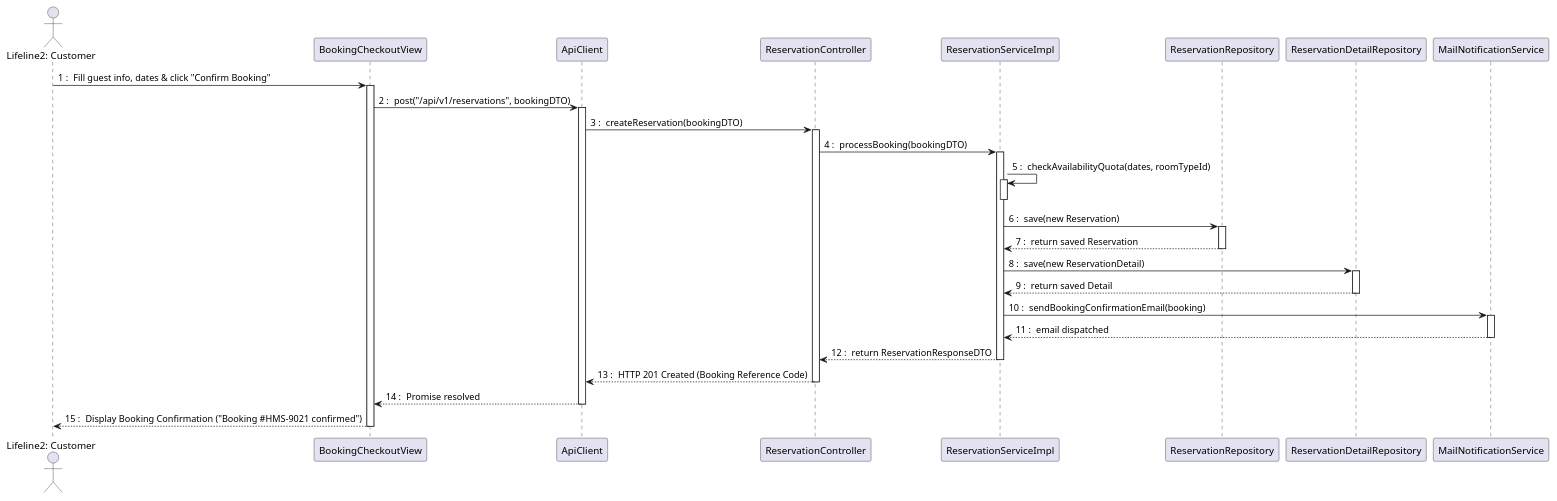
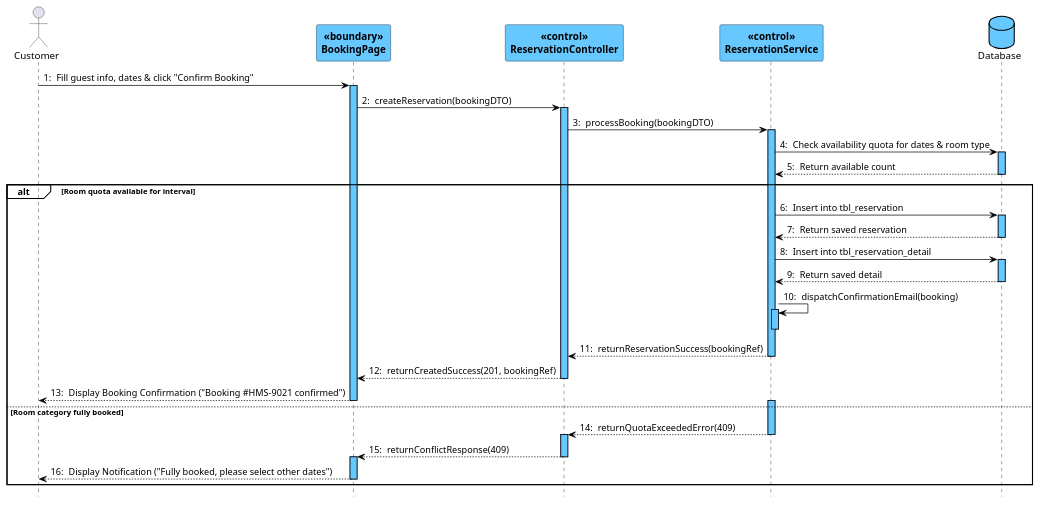
The fourth of 7 diagrams in docs/Class + Sequence/Sequence Diagram(s) (PlantUML).md (hieupeek/sba_doc), drawn with PlantUML before and after one commit. The commit also changed other lines of this file and 23 other files, not shown here.

Commit message:
docs: update class diagrams to association and sequence diagrams to COMET VP style

````diff
--- a/docs/Class + Sequence/Sequence Diagram(s) (PlantUML).md
+++ b/docs/Class + Sequence/Sequence Diagram(s) (PlantUML).md
@@ -211,58 +264,82 @@
 ```plantuml
 @startuml
 skinparam shadowed false
-autonumber 1 "0 : "
+autonumber 1 "0: "
+hide footbox
 
-actor "Lifeline2: Customer" as Customer
-participant BookingCheckoutView
-participant ApiClient
-participant ReservationController
-participant ReservationServiceImpl
-participant ReservationRepository
-participant ReservationDetailRepository
-participant MailNotificationService
+skinparam participantBackgroundColor #67C8FF
+skinparam participantBorderColor #000000
+skinparam participantFontColor #000000
+skinparam participantFontStyle bold
 
-Customer -> BookingCheckoutView : Fill guest info, dates & click "Confirm Booking"
-activate BookingCheckoutView
+skinparam databaseBackgroundColor #67C8FF
+skinparam databaseBorderColor #000000
+skinparam databaseFontColor #000000
 
-BookingCheckoutView -> ApiClient : post("/api/v1/reservations", bookingDTO)
-activate ApiClient
+skinparam sequenceLifeLineBackgroundColor #67C8FF
+skinparam sequenceLifeLineBorderColor #000000
+skinparam sequenceArrowColor #000000
 
-ApiClient -> ReservationController : createReservation(bookingDTO)
+skinparam SequenceGroupFontColor #000000
+skinparam SequenceGroupFontStyle bold
+skinparam SequenceGroupHeaderFontColor #000000
+skinparam SequenceGroupHeaderFontStyle bold
+skinparam SequenceGroupBorderColor #000000
+skinparam SequenceGroupBackgroundColor transparent
+
+actor Customer
+participant BookingPage <<boundary>>
+participant ReservationController <<control>>
+participant ReservationService <<control>>
+database Database
+
+Customer -> BookingPage : Fill guest info, dates & click "Confirm Booking"
+activate BookingPage
+
+BookingPage -> ReservationController : createReservation(bookingDTO)
 activate ReservationController
 
-ReservationController -> ReservationServiceImpl : processBooking(bookingDTO)
-activate ReservationServiceImpl
+ReservationController -> ReservationService : processBooking(bookingDTO)
+activate ReservationService
 
-ReservationServiceImpl -> ReservationServiceImpl : checkAvailabilityQuota(dates, roomTypeId)
-activate ReservationServiceImpl
-deactivate ReservationServiceImpl
+ReservationService -> Database : Check availability quota for dates & room type
+activate Database
+Database --> ReservationService : Return available count
+deactivate Database
 
-ReservationServiceImpl -> ReservationRepository : save(new Reservation)
-activate ReservationRepository
-ReservationRepository --> ReservationServiceImpl : return saved Reservation
-deactivate ReservationRepository
+alt Room quota available for interval
+    ReservationService -> Database : Insert into tbl_reservation
+    activate Database
+    Database --> ReservationService : Return saved reservation
+    deactivate Database
 
-ReservationServiceImpl -> ReservationDetailRepository : save(new ReservationDetail)
-activate ReservationDetailRepository
-ReservationDetailRepository --> ReservationServiceImpl : return saved Detail
-deactivate ReservationDetailRepository
+    ReservationService -> Database : Insert into tbl_reservation_detail
+    activate Database
+    Database --> ReservationService : Return saved detail
+    deactivate Database
 
-ReservationServiceImpl -> MailNotificationService : sendBookingConfirmationEmail(booking)
-activate MailNotificationService
-MailNotificationService --> ReservationServiceImpl : email dispatched
-deactivate MailNotificationService
+    ReservationService -> ReservationService : dispatchConfirmationEmail(booking)
+    activate ReservationService
+    deactivate ReservationService
 
-ReservationServiceImpl --> ReservationController : return ReservationResponseDTO
-deactivate ReservationServiceImpl
+    ReservationService --> ReservationController : returnReservationSuccess(bookingRef)
+    deactivate ReservationService
 
-ReservationController --> ApiClient : HTTP 201 Created (Booking Reference Code)
-deactivate ReservationController
+    ReservationController --> BookingPage : returnCreatedSuccess(201, bookingRef)
+    deactivate ReservationController
 
-ApiClient --> BookingCheckoutView : Promise resolved
-deactivate ApiClient
-
-BookingCheckoutView --> Customer : Display Booking Confirmation ("Booking #HMS-9021 confirmed")
-deactivate BookingCheckoutView
+    BookingPage --> Customer : Display Booking Confirmation ("Booking #HMS-9021 confirmed")
+    deactivate BookingPage
+else Room category fully booked
+    activate ReservationService
+    ReservationService --> ReservationController : returnQuotaExceededError(409)
+    deactivate ReservationService
+    activate ReservationController
+    ReservationController --> BookingPage : returnConflictResponse(409)
+    deactivate ReservationController
+    activate BookingPage
+    BookingPage --> Customer : Display Notification ("Fully booked, please select other dates")
+    deactivate BookingPage
+end
 @enduml
 ```
````
